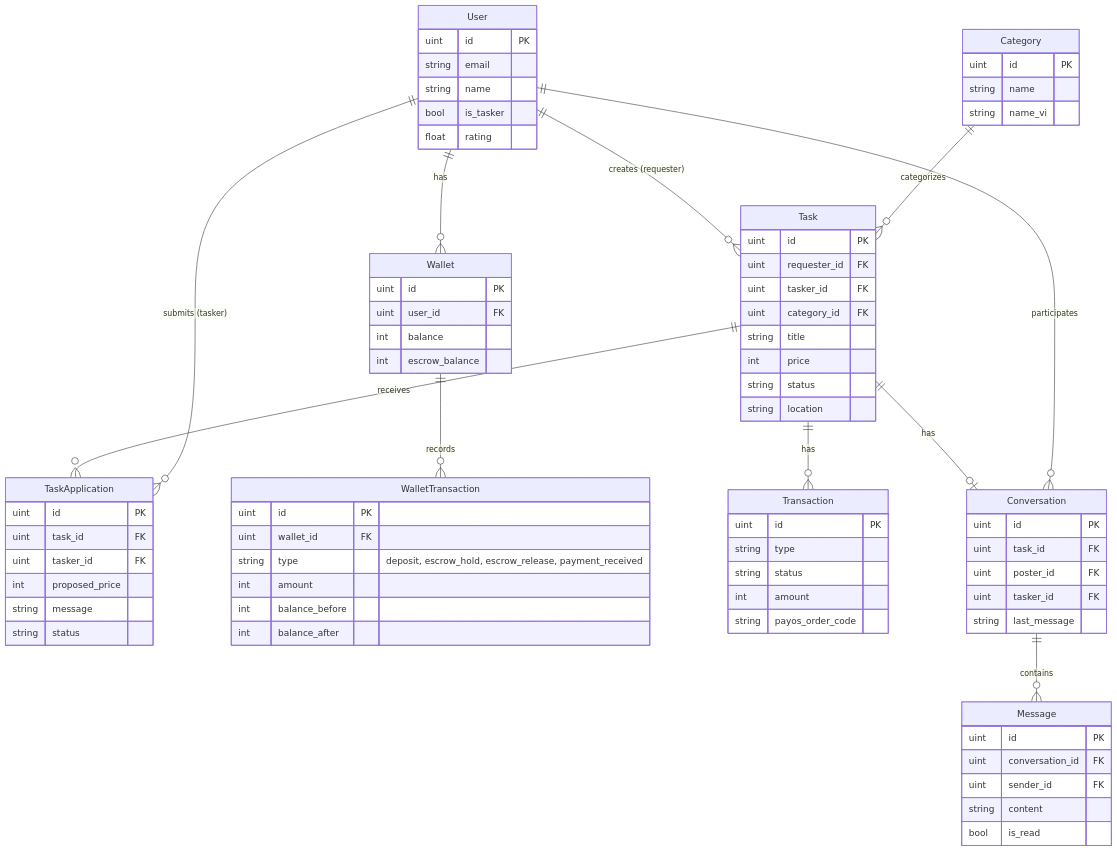
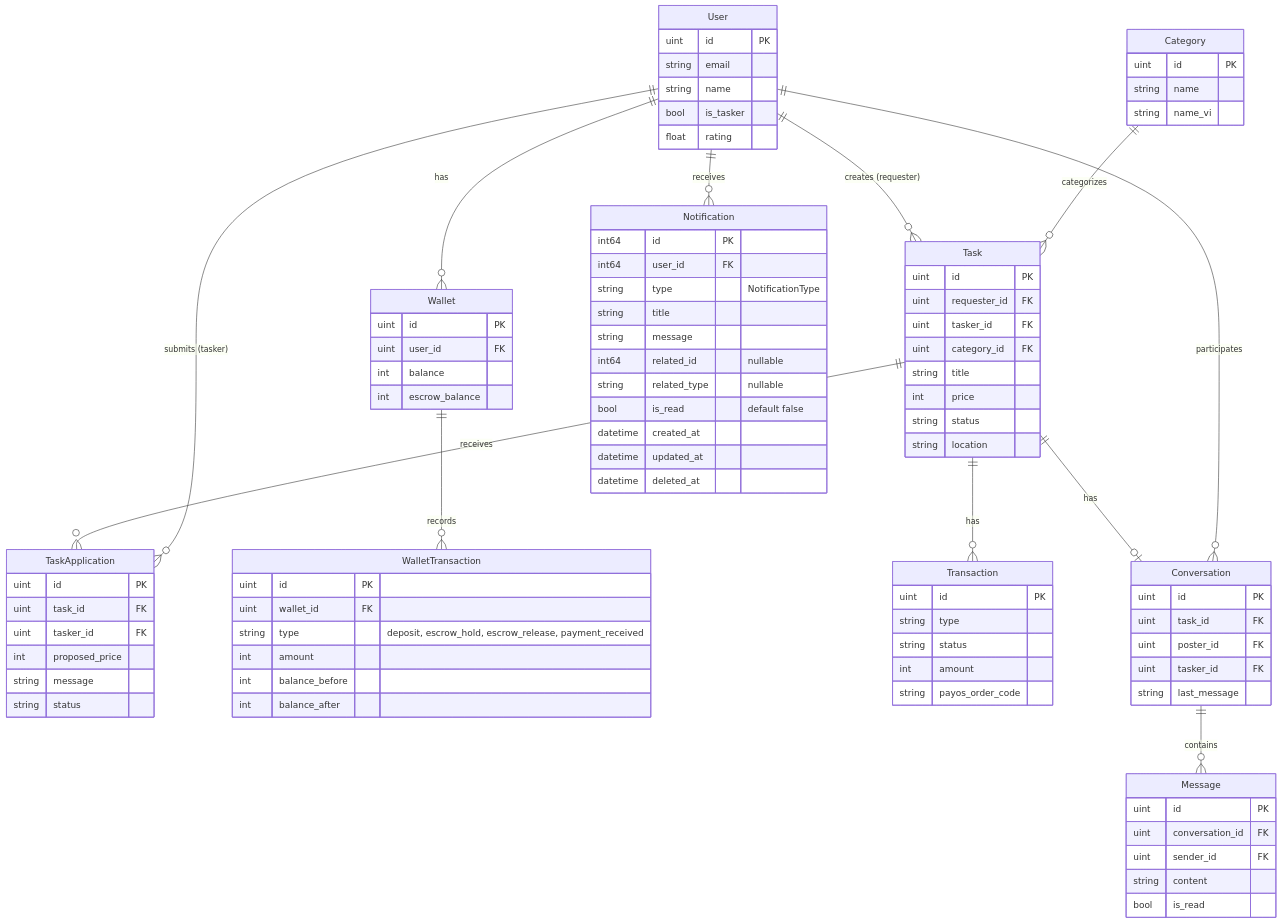
The fourth of 11 diagrams in docs/technical/SYSTEM_DESIGN.md (nhannht/viecz), drawn with Mermaid before and after one commit. The commit also changed other lines of this file and 7 other files, not shown here.

````diff
--- a/docs/technical/SYSTEM_DESIGN.md
+++ b/docs/technical/SYSTEM_DESIGN.md
@@ -277,6 +282,21 @@
     Category ||--o{ Task : "categorizes"
     Task ||--o{ Transaction : "has"
     Conversation ||--o{ Message : "contains"
+    Notification {
+        int64 id PK
+        int64 user_id FK
+        string type "NotificationType"
+        string title
+        string message
+        int64 related_id "nullable"
+        string related_type "nullable"
+        bool is_read "default false"
+        datetime created_at
+        datetime updated_at
+        datetime deleted_at
+    }
+
     Task ||--o| Conversation : "has"
     User ||--o{ Conversation : "participates"
+    User ||--o{ Notification : "receives"
 ```
````
